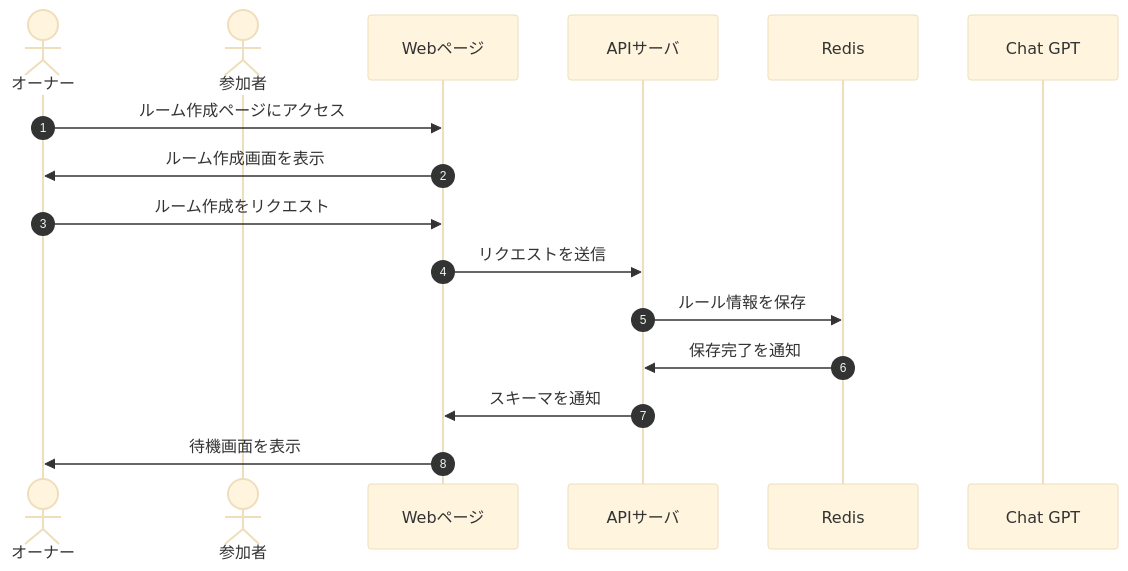
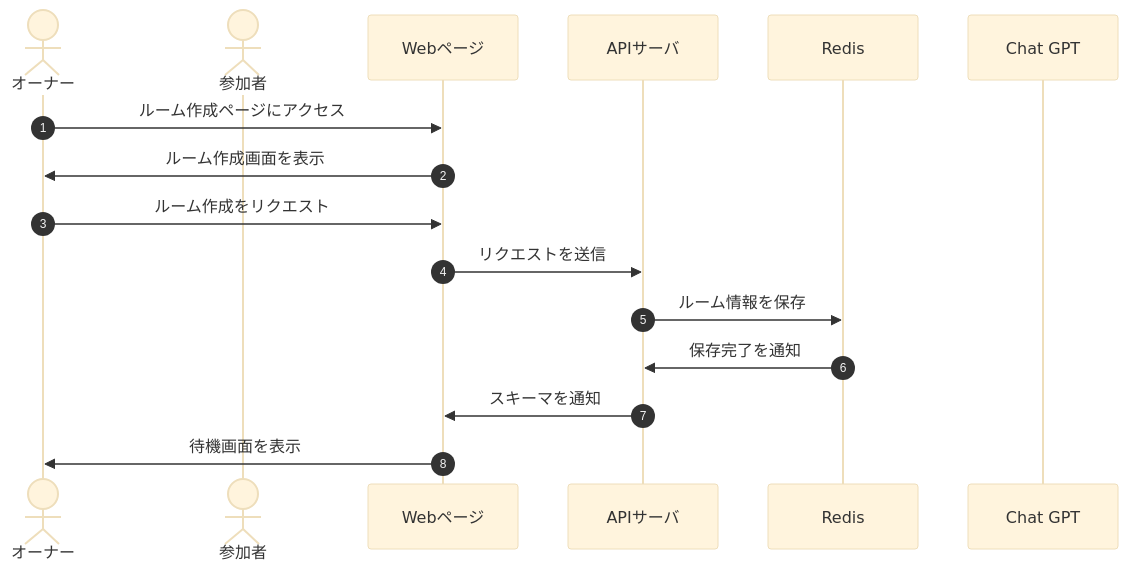
The diagram in docs/DesignDog/01_ルーム作成.md (Tanakaryuki/chat_wolf), drawn with Mermaid (base theme) before and after one commit.

Commit message:
docs: 📄 タイポを修正

````diff
--- a/docs/DesignDog/01_ルーム作成.md
+++ b/docs/DesignDog/01_ルーム作成.md
@@ -16,19 +16,19 @@
 ```mermaid
 sequenceDiagram
     autonumber
     actor owner as オーナー
     actor participant as 参加者
     participant front as Webページ
     participant api as APIサーバ
     participant db as Redis
     participant ai as Chat GPT
 
     owner->>front: ルーム作成ページにアクセス
     front->>owner: ルーム作成画面を表示
     owner->>front: ルーム作成をリクエスト
     front->>api: リクエストを送信
-    api->>db: ルール情報を保存
+    api->>db: ルーム情報を保存
     db->>api: 保存完了を通知
     api->>front: スキーマを通知
     front->>owner: 待機画面を表示
 ```
````
